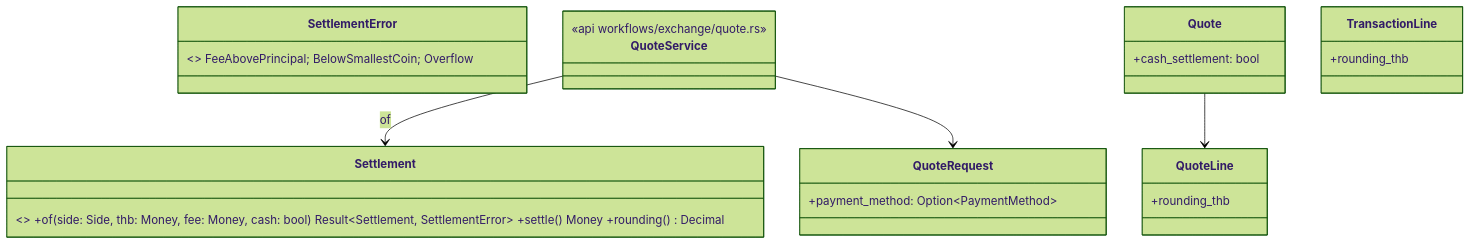
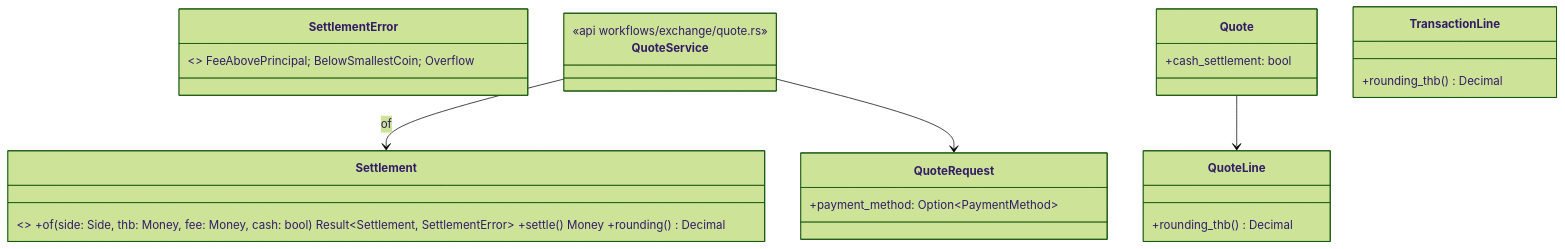
One commit to yuthstyle88/xchange-dev changed the third of 3 diagrams in docs/design/blueprint/quote-transaction.md. Above: the diagram before and after it, drawn with Mermaid (forest theme). The commit also changed other lines of this file, not shown here.

````diff
--- a/docs/design/blueprint/quote-transaction.md
+++ b/docs/design/blueprint/quote-transaction.md
@@ -1055,13 +1055,13 @@
 ```mermaid
 classDiagram
   class Settlement { <<xc-kernel src/money/settlement.rs>> +of(side: Side, thb: Money, fee: Money, cash: bool) Result~Settlement, SettlementError~ +settle() Money +rounding() Decimal }
   class SettlementError { <<enum>> FeeAbovePrincipal; BelowSmallestCoin; Overflow }
   class QuoteService { <<api workflows/exchange/quote.rs>> }
   class QuoteRequest { +payment_method: Option~PaymentMethod~ }
   class Quote { +cash_settlement: bool }
-  class QuoteLine { +rounding_thb }
-  class TransactionLine { +rounding_thb }
+  class QuoteLine { +rounding_thb() Decimal }
+  class TransactionLine { +rounding_thb() Decimal }
   QuoteService --> Settlement : of
   QuoteService --> QuoteRequest
   Quote --> QuoteLine
 ```
````
